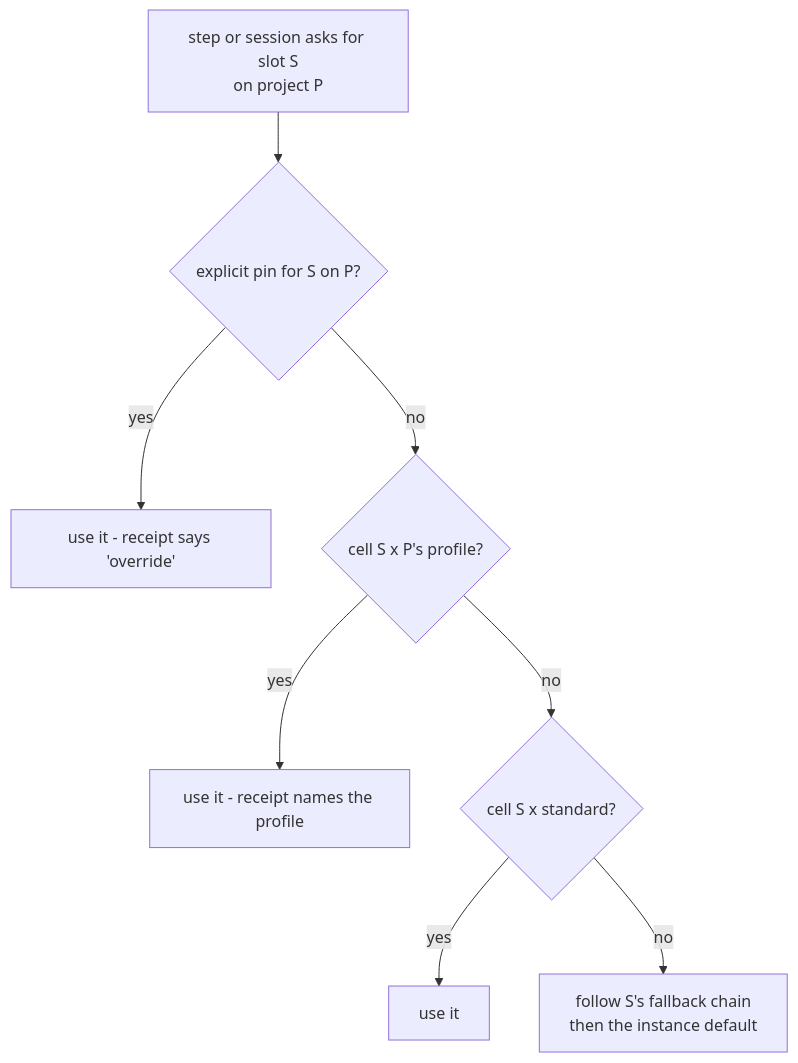
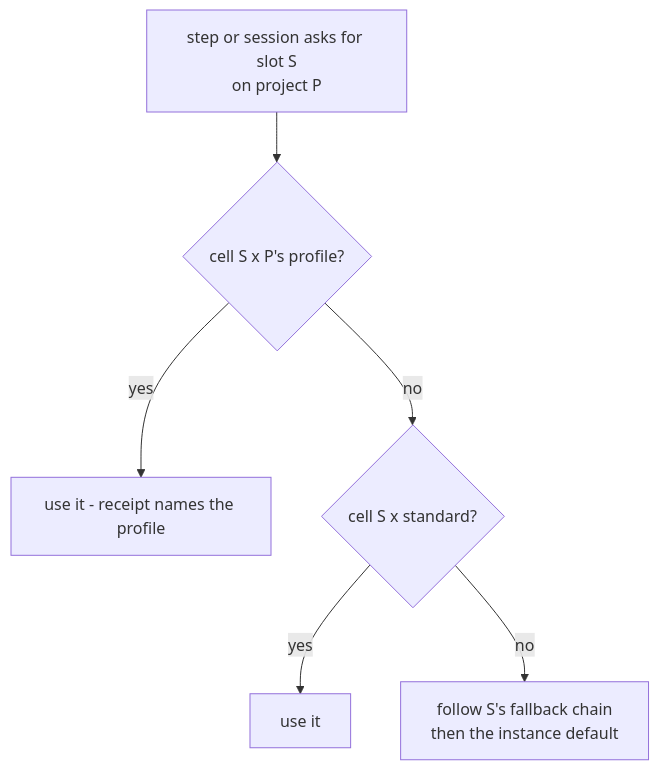
One commit to flokkit/apptown changed the tenth of 14 diagrams in stock/docs/guides/architecture.md. Above: the diagram before and after it, drawn with Mermaid. The commit also changed other lines of this file and 38 other files, not shown here.

````diff
--- a/stock/docs/guides/architecture.md
+++ b/stock/docs/guides/architecture.md
@@ -443,10 +445,8 @@
 ```mermaid
 flowchart TD
-    Q[step or session asks for slot S<br/>on project P] --> O{explicit pin for S on P?}
-    O -->|yes| USE1[use it - receipt says 'override']
-    O -->|no| PR{cell S x P's profile?}
+    Q[step or session asks for slot S<br/>on project P] --> PR{cell S x P's profile?}
     PR -->|yes| USE2[use it - receipt names the profile]
     PR -->|no| SD{cell S x standard?}
     SD -->|yes| USE3[use it]
     SD -->|no| FB[follow S's fallback chain<br/>then the instance default]
 ```
````
